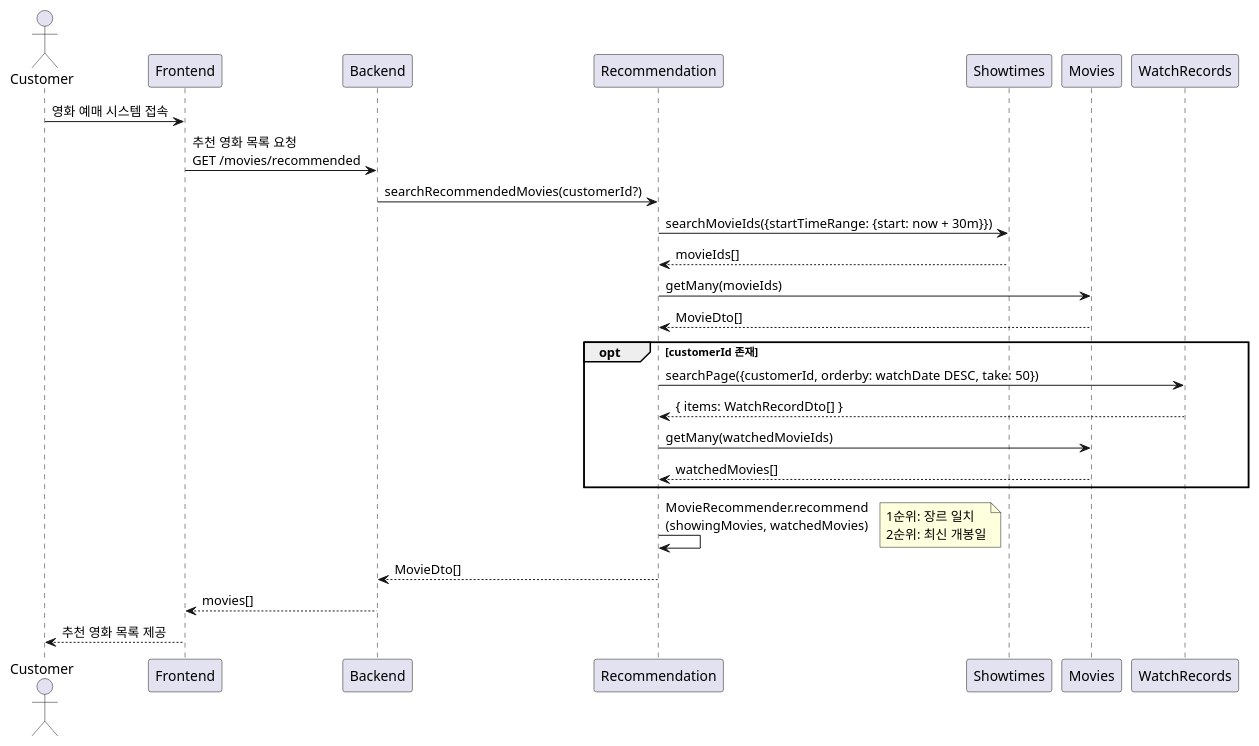
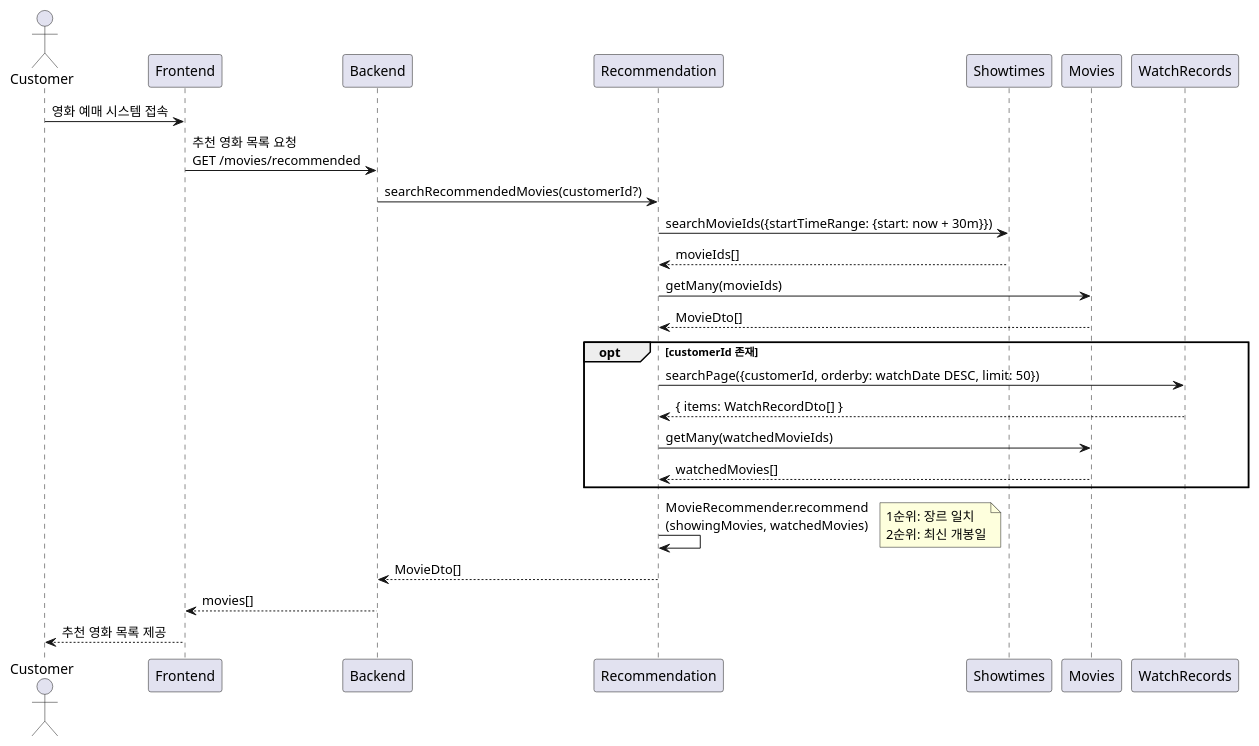
Before and after one commit to mannercode/nest-seed: the first of 5 diagrams in docs/designs/tickets-purchase.md, drawn with PlantUML. The commit also changed 3 other files, not shown here.

````diff
--- a/docs/designs/tickets-purchase.md
+++ b/docs/designs/tickets-purchase.md
@@ -47,27 +47,27 @@
 ```plantuml
 @startuml
 actor Customer
 
 Customer -> Frontend: 영화 예매 시스템 접속
     Frontend -> Backend: 추천 영화 목록 요청\nGET /movies/recommended
         Backend -> Recommendation: searchRecommendedMovies(customerId?)
             Recommendation -> Showtimes: searchMovieIds({startTimeRange: {start: now + 30m}})
             Recommendation <-- Showtimes: movieIds[]
             Recommendation -> Movies: getMany(movieIds)
             Recommendation <-- Movies: MovieDto[]
             opt customerId 존재
-                Recommendation -> WatchRecords: searchPage({customerId, orderby: watchDate DESC, take: 50})
+                Recommendation -> WatchRecords: searchPage({customerId, orderby: watchDate DESC, limit: 50})
                 Recommendation <-- WatchRecords: { items: WatchRecordDto[] }
                 Recommendation -> Movies: getMany(watchedMovieIds)
                 Recommendation <-- Movies: watchedMovies[]
             end
             Recommendation -> Recommendation: MovieRecommender.recommend\n(showingMovies, watchedMovies)
             note right
                 1순위: 장르 일치
                 2순위: 최신 개봉일
             end note
         Backend <-- Recommendation: MovieDto[]
     Frontend <-- Backend: movies[]
 Customer <-- Frontend: 추천 영화 목록 제공
 @enduml
 ```
````
